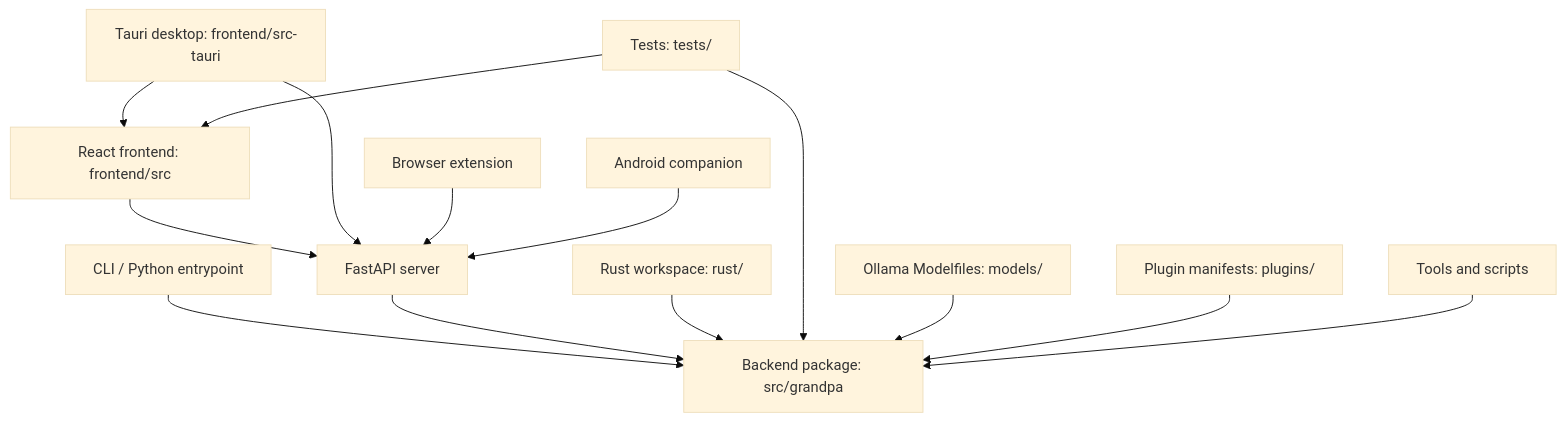
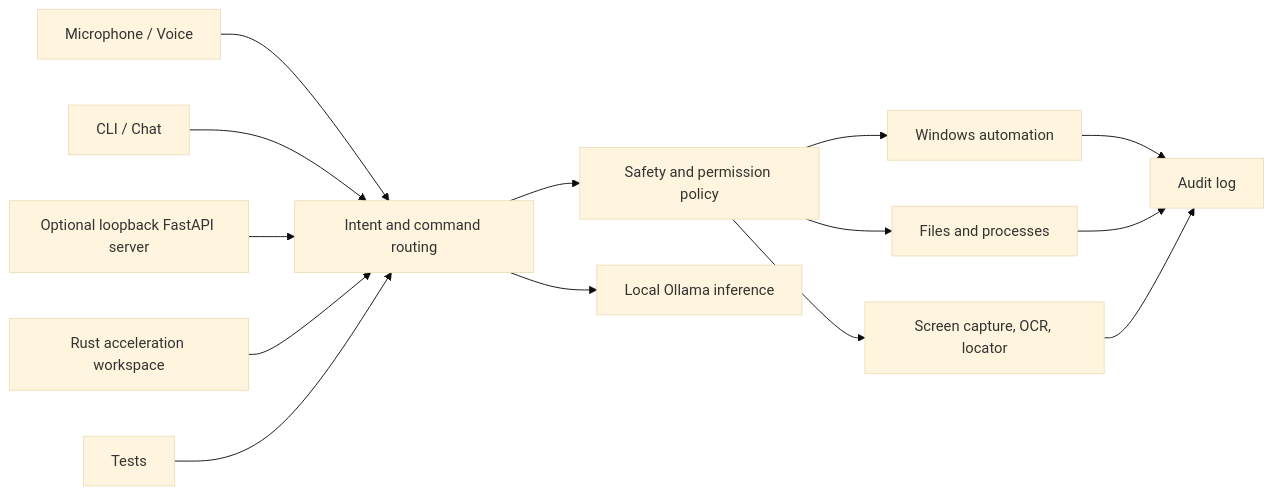
Before and after one commit to trhariharasudhan/Grandpa: the diagram in docs/development/repo-structure.md, drawn with Mermaid (base theme). The commit also changed other lines of this file and 293 other files, not shown here.

````diff
--- a/docs/development/repo-structure.md
+++ b/docs/development/repo-structure.md
@@ -50,16 +26,16 @@
 ```mermaid
-flowchart TD
-  CLI["CLI / Python entrypoint"] --> Backend["Backend package: src/grandpa"]
-  Server["FastAPI server"] --> Backend
-  Frontend["React frontend: frontend/src"] --> Server
-  Desktop["Tauri desktop: frontend/src-tauri"] --> Frontend
-  Desktop --> Server
-  Browser["Browser extension"] --> Server
-  Mobile["Android companion"] --> Server
-  Rust["Rust workspace: rust/"] --> Backend
-  Tests["Tests: tests/"] --> Backend
-  Tests --> Frontend
-  Models["Ollama Modelfiles: models/"] --> Backend
-  Plugins["Plugin manifests: plugins/"] --> Backend
-  Tools["Tools and scripts"] --> Backend
+flowchart LR
+  Voice["Microphone / Voice"] --> Router["Intent and command routing"]
+  CLI["CLI / Chat"] --> Router
+  Router --> Policy["Safety and permission policy"]
+  Policy --> Automation["Windows automation"]
+  Policy --> Files["Files and processes"]
+  Policy --> Screen["Screen capture, OCR, locator"]
+  Router --> Ollama["Local Ollama inference"]
+  Automation --> Audit["Audit log"]
+  Files --> Audit
+  Screen --> Audit
+  API["Optional loopback FastAPI server"] --> Router
+  Rust["Rust acceleration workspace"] --> Router
+  Tests["Tests"] --> Router
 ```
````
